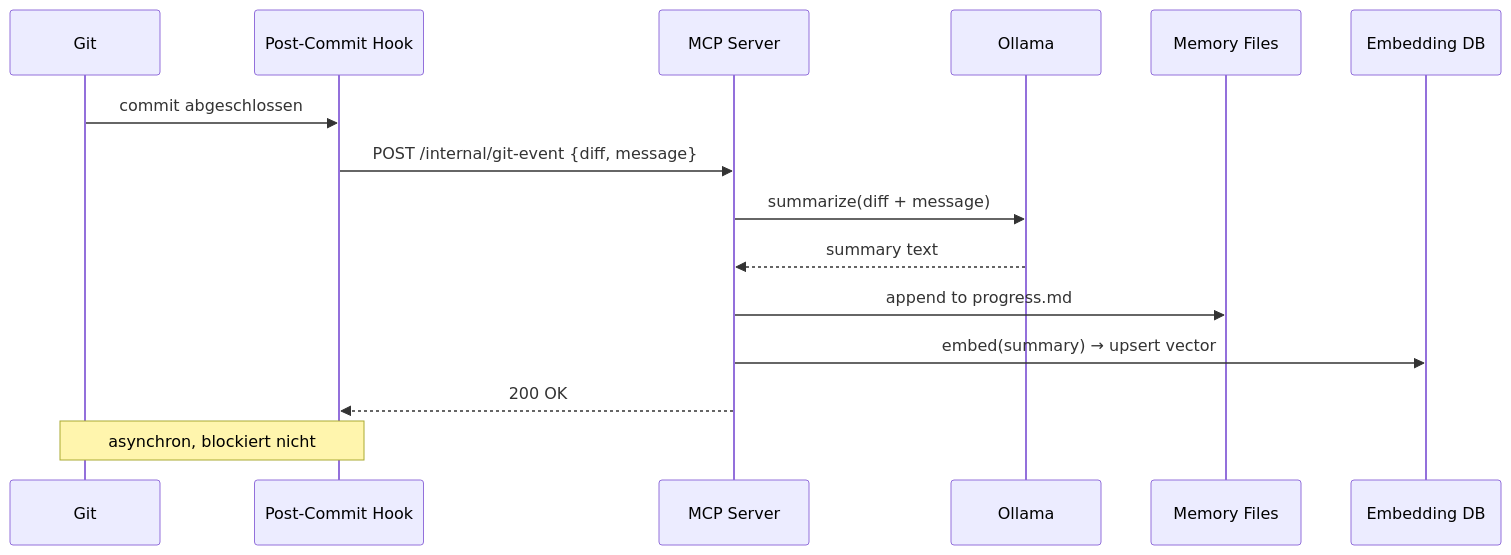
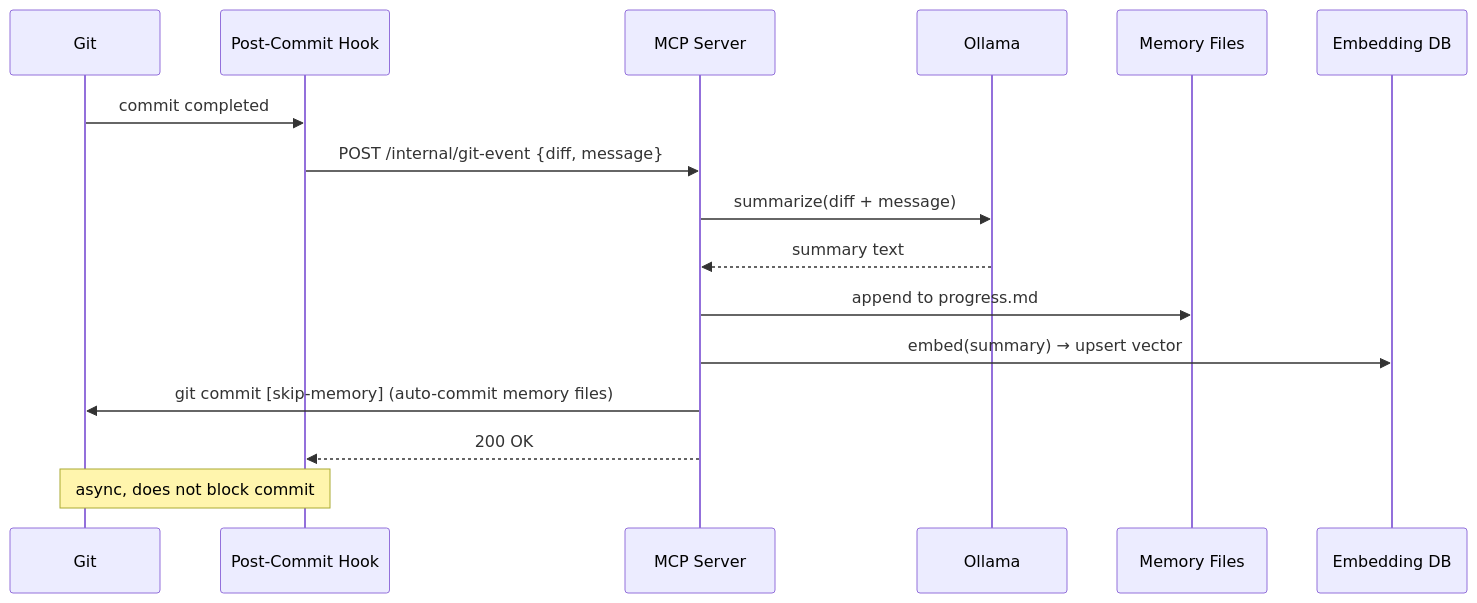
One commit to pnientiedt/project-memory-mcp changed the second of 2 diagrams in requirements.md. Above: the diagram before and after it, drawn with Mermaid. The commit also changed other lines of this file and 11 other files, not shown here.

````diff
--- a/requirements.md
+++ b/requirements.md
@@ -249,18 +246,19 @@
 ```mermaid
 sequenceDiagram
     participant G as Git
     participant H as Post-Commit Hook
     participant M as MCP Server
     participant O as Ollama
     participant F as Memory Files
     participant E as Embedding DB
 
-    G->>H: commit abgeschlossen
+    G->>H: commit completed
     H->>M: POST /internal/git-event {diff, message}
     M->>O: summarize(diff + message)
     O-->>M: summary text
     M->>F: append to progress.md
     M->>E: embed(summary) → upsert vector
+    M->>G: git commit [skip-memory] (auto-commit memory files)
     M-->>H: 200 OK
-    Note over H,G: asynchron, blockiert nicht
+    Note over H,G: async, does not block commit
 ```
````
